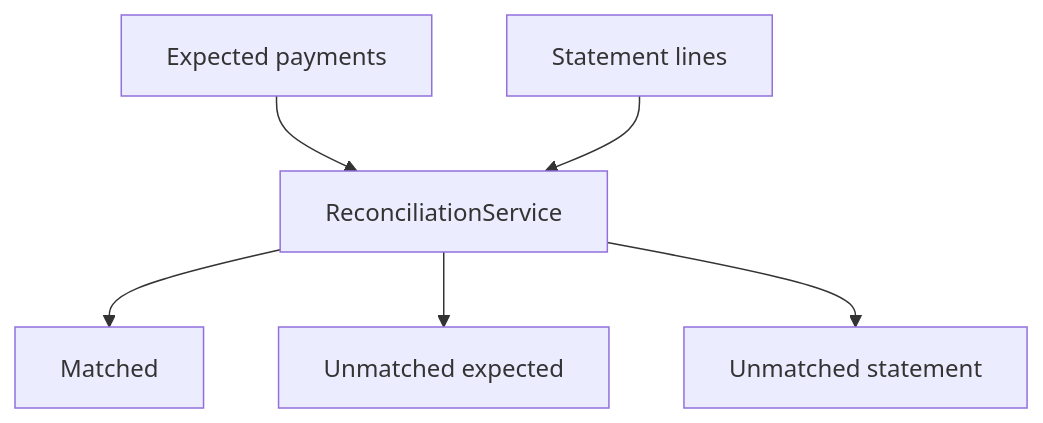
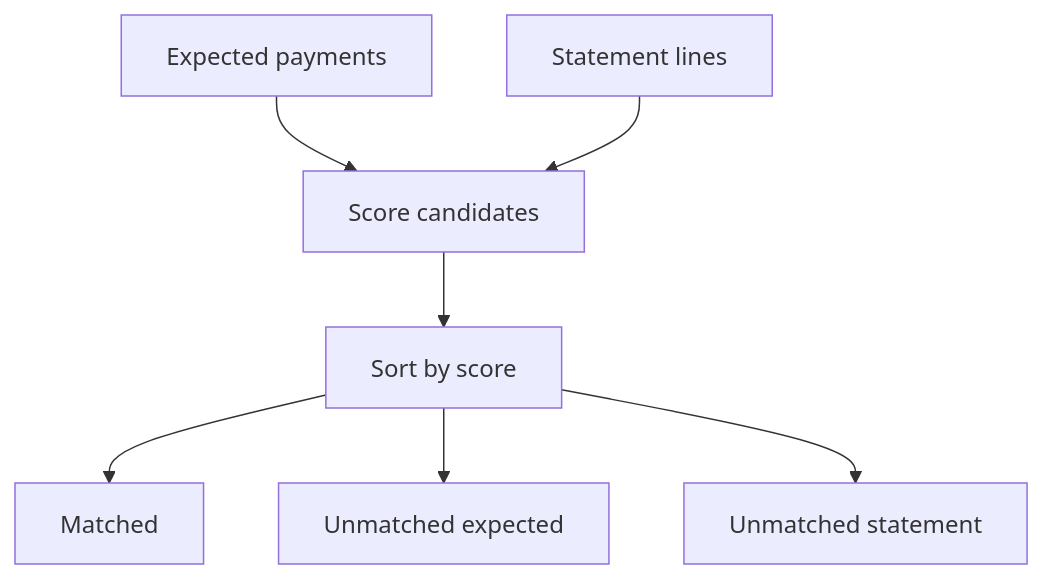
The diagram in README.md (Dedmoo/bank-statement-reconciler), drawn with Mermaid before and after one commit. The commit also changed other lines of this file and 2 other files, not shown here.

Commit message:
fix: score-based matching prefers reference hits

````diff
--- a/README.md
+++ b/README.md
@@ -9,8 +15,9 @@
 ```mermaid
 flowchart TD
-    E[Expected payments] --> R[ReconciliationService]
-    S[Statement lines] --> R
-    R --> M[Matched]
-    R --> UE[Unmatched expected]
-    R --> US[Unmatched statement]
+    E[Expected payments] --> C[Score candidates]
+    S[Statement lines] --> C
+    C --> Best[Sort by score]
+    Best --> M[Matched]
+    Best --> UE[Unmatched expected]
+    Best --> US[Unmatched statement]
 ```
````
